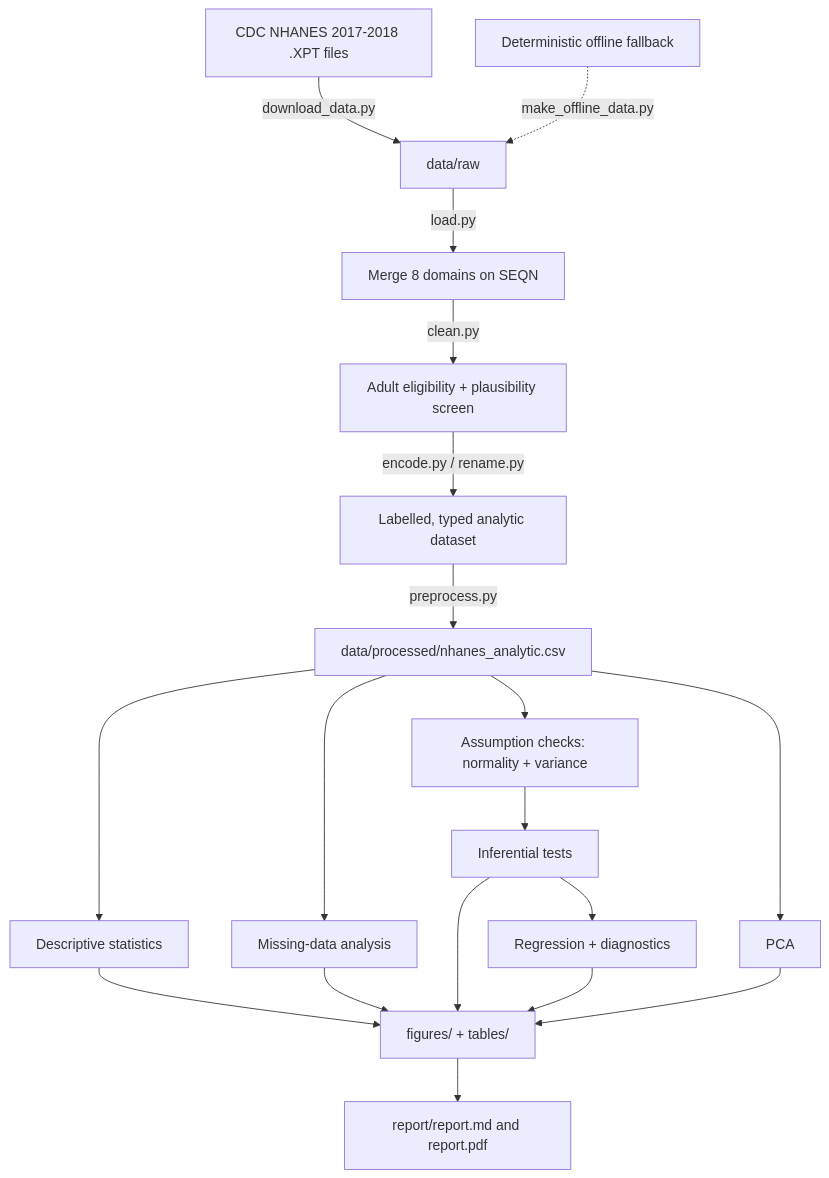
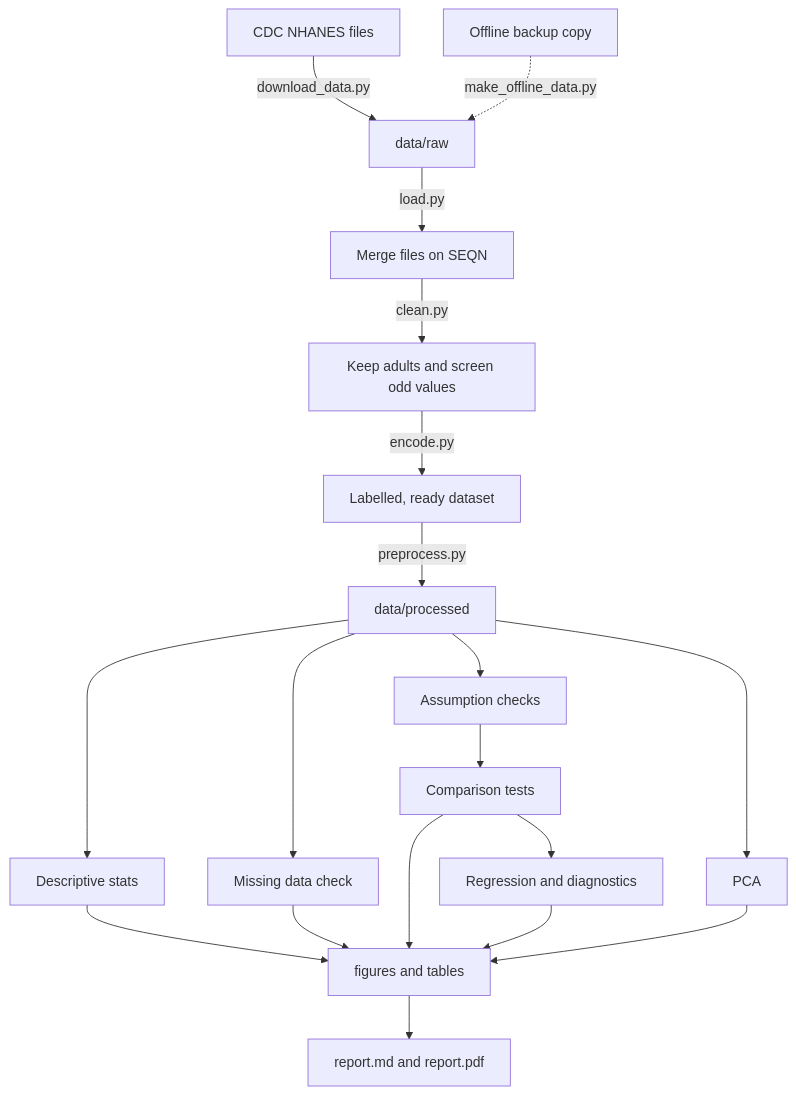
The first of 2 diagrams in README.md (mahimmazidul/StatisticalAnalysis), drawn with Mermaid before and after one commit. The commit also changed other lines of this file and 37 other files, not shown here.

````diff
--- a/README.md
+++ b/README.md
@@ -135,21 +137,21 @@
 ```mermaid
 flowchart TD
-    A[CDC NHANES 2017-2018 .XPT files] -->|download_data.py| B[data/raw]
-    A2[Deterministic offline fallback] -.->|make_offline_data.py| B
-    B -->|load.py| C[Merge 8 domains on SEQN]
-    C -->|clean.py| D[Adult eligibility + plausibility screen]
-    D -->|encode.py / rename.py| E[Labelled, typed analytic dataset]
-    E -->|preprocess.py| F[data/processed/nhanes_analytic.csv]
-    F --> G[Descriptive statistics]
-    F --> H[Missing-data analysis]
-    F --> I[Assumption checks: normality + variance]
-    I --> J[Inferential tests]
-    J --> K[Regression + diagnostics]
+    A[CDC NHANES files] -->|download_data.py| B[data/raw]
+    A2[Offline backup copy] -.->|make_offline_data.py| B
+    B -->|load.py| C[Merge files on SEQN]
+    C -->|clean.py| D[Keep adults and screen odd values]
+    D -->|encode.py| E[Labelled, ready dataset]
+    E -->|preprocess.py| F[data/processed]
+    F --> G[Descriptive stats]
+    F --> H[Missing data check]
+    F --> I[Assumption checks]
+    I --> J[Comparison tests]
+    J --> K[Regression and diagnostics]
     F --> L[PCA]
-    G --> M[figures/ + tables/]
+    G --> M[figures and tables]
     H --> M
     J --> M
     K --> M
     L --> M
-    M --> N[report/report.md and report.pdf]
+    M --> N[report.md and report.pdf]
 ```
````
